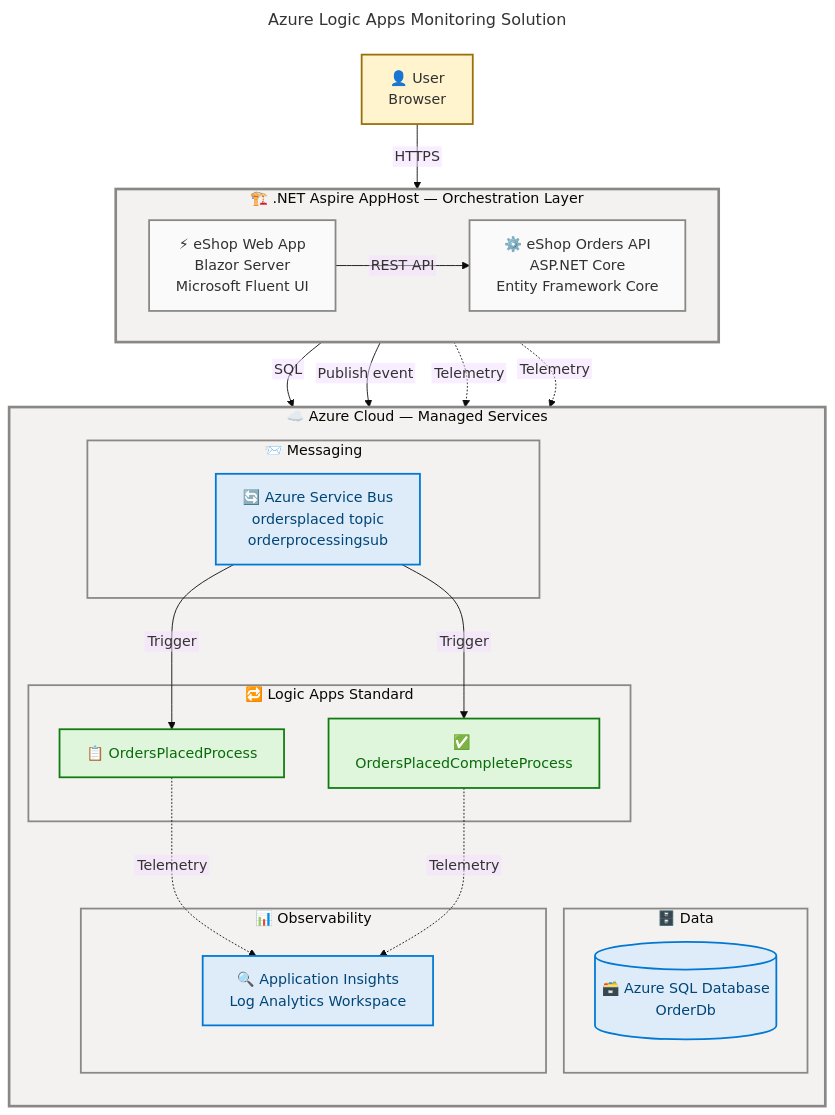
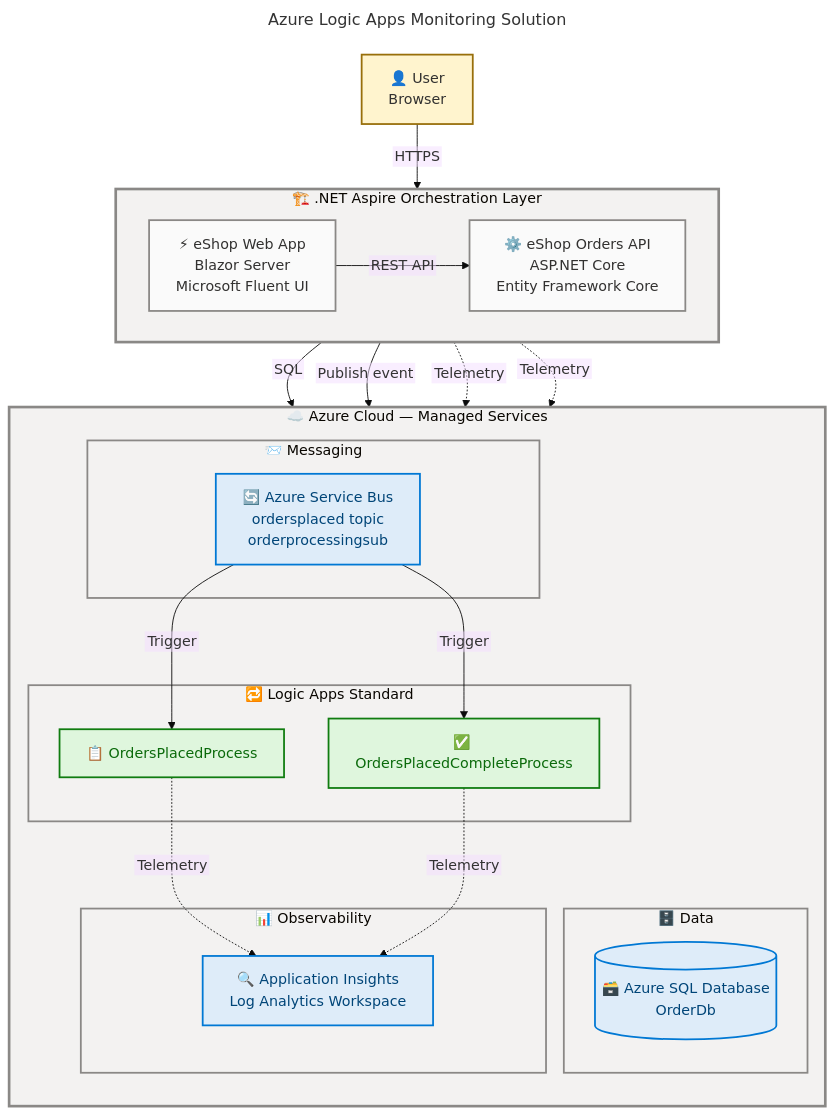
Before and after one commit to Evilazaro/Azure-LogicApps-Monitoring: the diagram in README.md, drawn with Mermaid.

Commit message:
docs: update architecture diagram for improved semantic clarity and accessibility

````diff
--- a/README.md
+++ b/README.md
@@ -49,78 +49,78 @@
 ```mermaid
 ---
 title: Azure Logic Apps Monitoring Solution
 config:
   theme: base
   themeVariables:
     fontSize: '16px'
   flowchart:
     htmlLabels: false
 ---
 flowchart TB
     accTitle: Azure Logic Apps Monitoring Solution Architecture
     accDescr: Full-stack .NET Aspire application with eShop Web App and Orders API integrated with Azure Service Bus, Logic Apps Standard, Azure SQL Database, and Application Insights for end-to-end order monitoring
 
     %% ═══════════════════════════════════════════════════════════════════════════
     %% AZURE / FLUENT ARCHITECTURE PATTERN v1.1
     %% (Semantic + Structural + Font + Accessibility Governance)
     %% ═══════════════════════════════════════════════════════════════════════════
     %% PHASE 1 - STRUCTURAL: TB direction explicit, 2-level nesting, 6 subgraphs
-    %%           aspire (LR) + azure (TB) containing messaging/data/workflows/monitoring
-    %% PHASE 2 - SEMANTIC: 4 colors (external, neutral, info, success) within 5 limit
+    %%           aspire (LR, label ≤40 chars) + azure (TB) containing messaging/data/workflows/monitoring
+    %% PHASE 2 - SEMANTIC: 4 colors (external, neutral, core, success) within 5 limit
     %%           external: User entry point | neutral: App-layer services
-    %%           info: Azure PaaS (Bus, SQL, Insights) | success: Logic Apps workflows
+    %%           core: Azure PaaS (Bus, SQL, Insights) | success: Logic Apps workflows
     %% PHASE 3 - FONT: Dark text #323130/#004578/#0B6A0B on 100-level fills (WCAG AA 4.5:1)
-    %% PHASE 4 - ACCESSIBILITY: accTitle/accDescr present, semantic icons on all 9 nodes
+    %% PHASE 4 - ACCESSIBILITY: accTitle/accDescr present, semantic icons on all 8 nodes
     %% PHASE 5 - STANDARD: v1.1 format, 6 style directives for 6 subgraphs, classDefs centralized
     %% ═══════════════════════════════════════════════════════════════════════════
 
     User["👤 User\nBrowser"]:::external
 
-    subgraph aspire["🏗️ .NET Aspire AppHost — Orchestration Layer"]
+    subgraph aspire["🏗️ .NET Aspire Orchestration Layer"]
         direction LR
         WebApp["⚡ eShop Web App\nBlazor Server\nMicrosoft Fluent UI"]:::neutral
         OrdersAPI["⚙️ eShop Orders API\nASP.NET Core\nEntity Framework Core"]:::neutral
         WebApp -->|REST API| OrdersAPI
     end
 
     subgraph azure["☁️ Azure Cloud — Managed Services"]
         direction TB
         subgraph messaging["📨 Messaging"]
-            ServiceBus["🔄 Azure Service Bus\nordersplaced topic\norderprocessingsub"]:::info
+            ServiceBus["🔄 Azure Service Bus\nordersplaced topic\norderprocessingsub"]:::core
         end
         subgraph data["🗄️ Data"]
-            SqlDB[("🗃️ Azure SQL Database\nOrderDb")]:::info
+            SqlDB[("🗃️ Azure SQL Database\nOrderDb")]:::core
         end
         subgraph workflows["🔁 Logic Apps Standard"]
             WF1["📋 OrdersPlacedProcess"]:::success
             WF2["✅ OrdersPlacedCompleteProcess"]:::success
         end
         subgraph monitoring["📊 Observability"]
-            AppInsights["🔍 Application Insights\nLog Analytics Workspace"]:::info
+            AppInsights["🔍 Application Insights\nLog Analytics Workspace"]:::core
         end
     end
 
     User -->|HTTPS| WebApp
     OrdersAPI -->|SQL| SqlDB
     OrdersAPI -->|Publish event| ServiceBus
     ServiceBus -->|Trigger| WF1
     ServiceBus -->|Trigger| WF2
     WebApp -.->|Telemetry| AppInsights
     OrdersAPI -.->|Telemetry| AppInsights
     WF1 -.->|Telemetry| AppInsights
     WF2 -.->|Telemetry| AppInsights
 
     %% Subgraph styling (6 subgraphs = 6 style directives)
     style aspire fill:#F3F2F1,stroke:#8A8886,stroke-width:3px,color:#323130
     style azure fill:#F3F2F1,stroke:#8A8886,stroke-width:3px,color:#323130
     style messaging fill:#F3F2F1,stroke:#8A8886,stroke-width:2px,color:#323130
     style data fill:#F3F2F1,stroke:#8A8886,stroke-width:2px,color:#323130
     style workflows fill:#F3F2F1,stroke:#8A8886,stroke-width:2px,color:#323130
     style monitoring fill:#F3F2F1,stroke:#8A8886,stroke-width:2px,color:#323130
 
     %% Centralized classDefs
     classDef external fill:#FFF4CE,stroke:#986F0B,stroke-width:2px,color:#323130
     classDef neutral fill:#FAFAFA,stroke:#8A8886,stroke-width:2px,color:#323130
-    classDef info fill:#DEECF9,stroke:#0078D4,stroke-width:2px,color:#004578
+    classDef core fill:#DEECF9,stroke:#0078D4,stroke-width:2px,color:#004578
     classDef success fill:#DFF6DD,stroke:#107C10,stroke-width:2px,color:#0B6A0B
 ```
````
